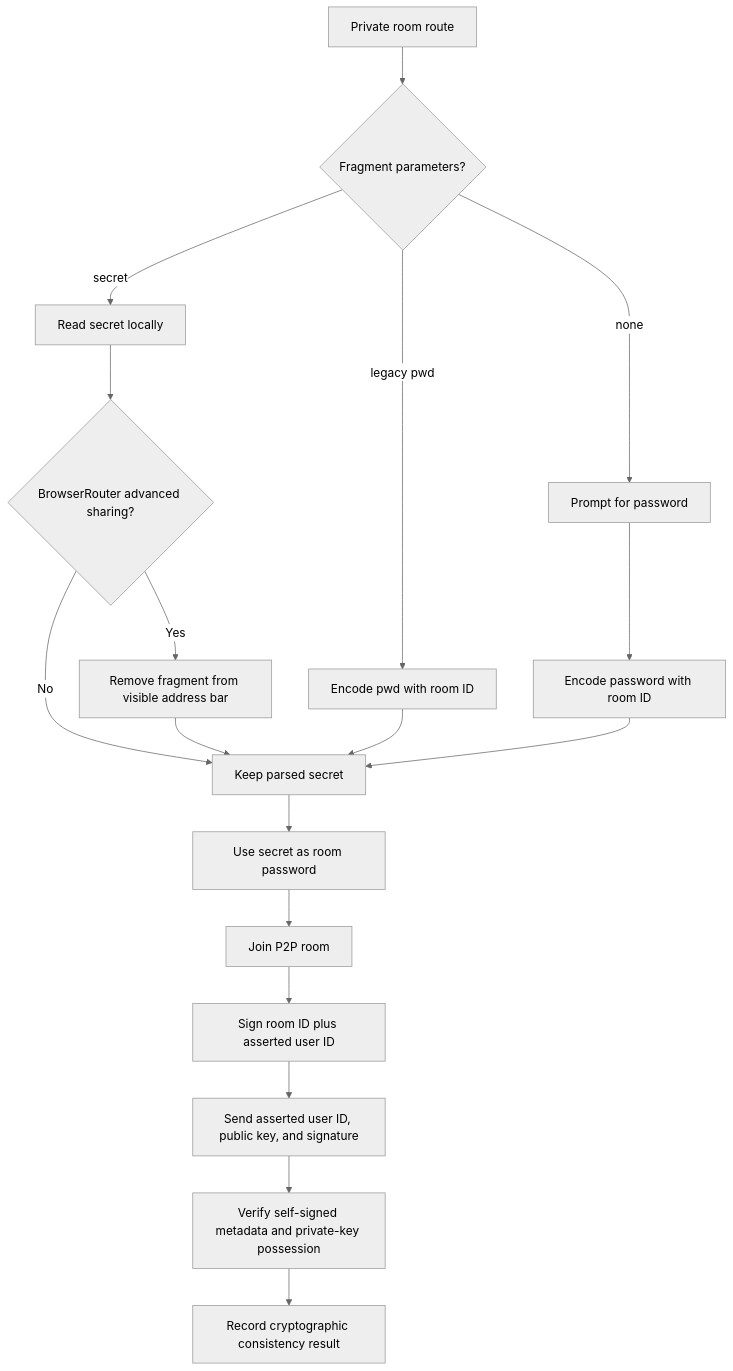
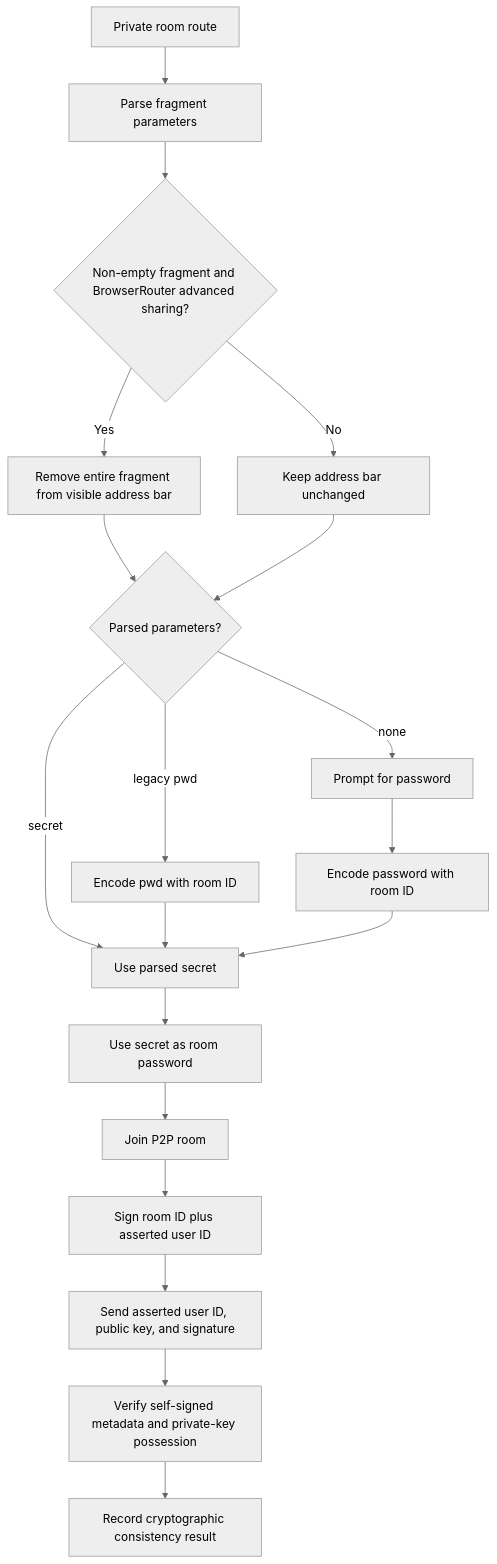
The eighth of 9 diagrams in docs/architecture/codebase-runtime.md (drunkod/chitchatter), drawn with Mermaid (neutral theme) before and after one commit. The commit also changed other lines of this file and 1 other file, not shown here.

Commit message:
Clarify room fragment and SDK flows

````diff
--- a/docs/architecture/codebase-runtime.md
+++ b/docs/architecture/codebase-runtime.md
@@ -214,21 +225,22 @@
 ```mermaid
 flowchart TD
-    Route[Private room route] --> Fragment{Fragment parameters?}
-    Fragment -- secret --> Read[Read secret locally]
-    Read --> Advanced{BrowserRouter advanced sharing?}
-    Advanced -- Yes --> Clear[Remove fragment from visible address bar]
-    Advanced -- No --> Secret[Keep parsed secret]
-    Clear --> Secret
-    Fragment -- legacy pwd --> Legacy[Encode pwd with room ID]
+    Route[Private room route] --> Parse[Parse fragment parameters]
+    Parse --> Advanced{Non-empty fragment and BrowserRouter advanced sharing?}
+    Advanced -- Yes --> Clear[Remove entire fragment from visible address bar]
+    Advanced -- No --> Keep[Keep address bar unchanged]
+    Clear --> Params{Parsed parameters?}
+    Keep --> Params
+    Params -- secret --> Secret[Use parsed secret]
+    Params -- legacy pwd --> Legacy[Encode pwd with room ID]
     Legacy --> Secret
-    Fragment -- none --> Prompt[Prompt for password]
+    Params -- none --> Prompt[Prompt for password]
     Prompt --> Encode[Encode password with room ID]
     Encode --> Secret
     Secret --> RoomConfig[Use secret as room password]
     RoomConfig --> Join[Join P2P room]
 
     Join --> Proof[Sign room ID plus asserted user ID]
     Proof --> Metadata[Send asserted user ID, public key, and signature]
     Metadata --> Verify[Verify self-signed metadata and private-key possession]
     Verify --> State[Record cryptographic consistency result]
 ```
````
